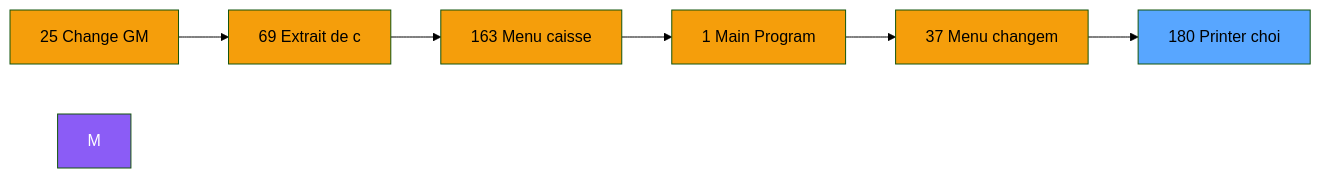
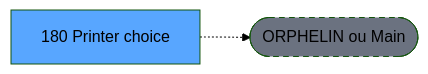
Before and after one commit to thonyAGP/lecteur-magic: the second of 3 diagrams in .openspec/renders/ADH-IDE-180.md, drawn with Mermaid (forest theme). The commit also changed other lines of this file and 701 other files, not shown here.

````diff
--- a/.openspec/renders/ADH-IDE-180.md
+++ b/.openspec/renders/ADH-IDE-180.md
@@ -112,21 +121,8 @@
 ```mermaid
 graph LR
-    N25[25 Change GM]
-    N69[69 Extrait de c]
-    N163[163 Menu caisse ]
-    N1[1 Main Program]
-    N37[37 Menu changem]
-    T[180 Printer choi]
-    N25 --> N69
-    N69 --> N163
-    N163 --> N1
-    N1 --> N37
-    N37 --> T
-    style M fill:#8b5cf6,color:#fff
-    style N25 fill:#f59e0b
-    style N69 fill:#f59e0b
-    style N163 fill:#f59e0b
-    style N1 fill:#f59e0b
-    style N37 fill:#f59e0b
+    T[180 Printer choice]
+    ORPHAN([ORPHELIN ou Main])
+    T -.-> ORPHAN
     style T fill:#58a6ff,color:#000
+    style ORPHAN fill:#6b7280,stroke-dasharray: 5 5
 ```
````
